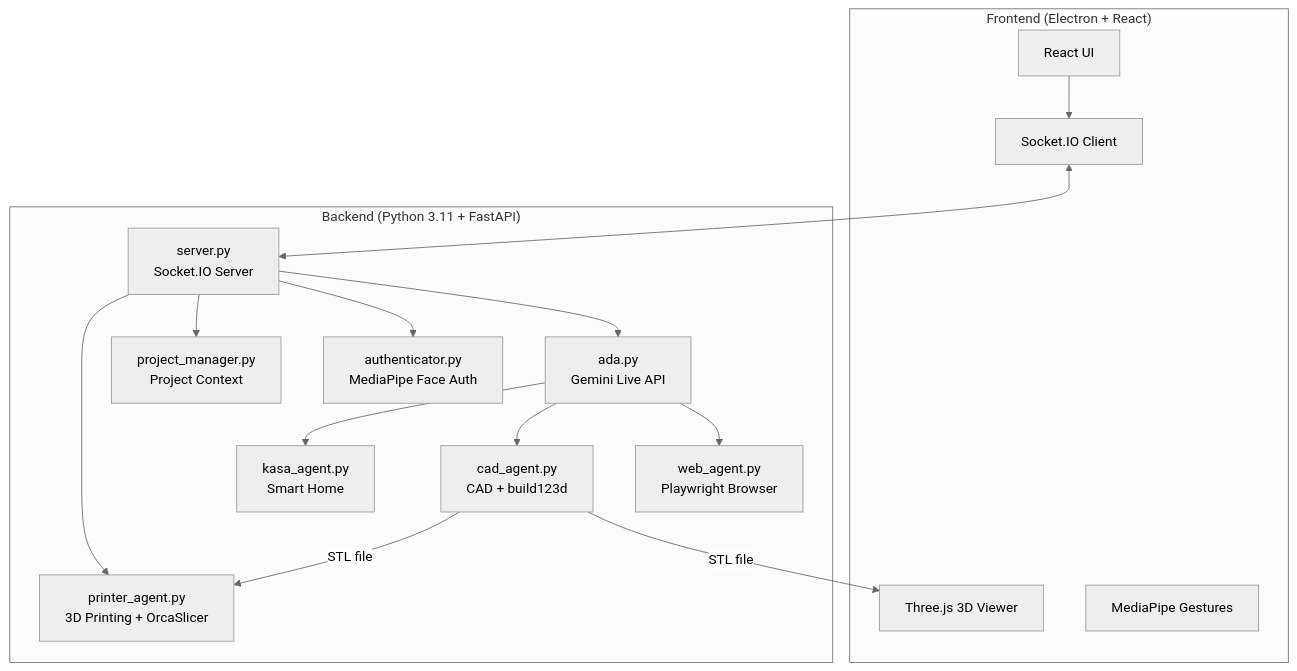
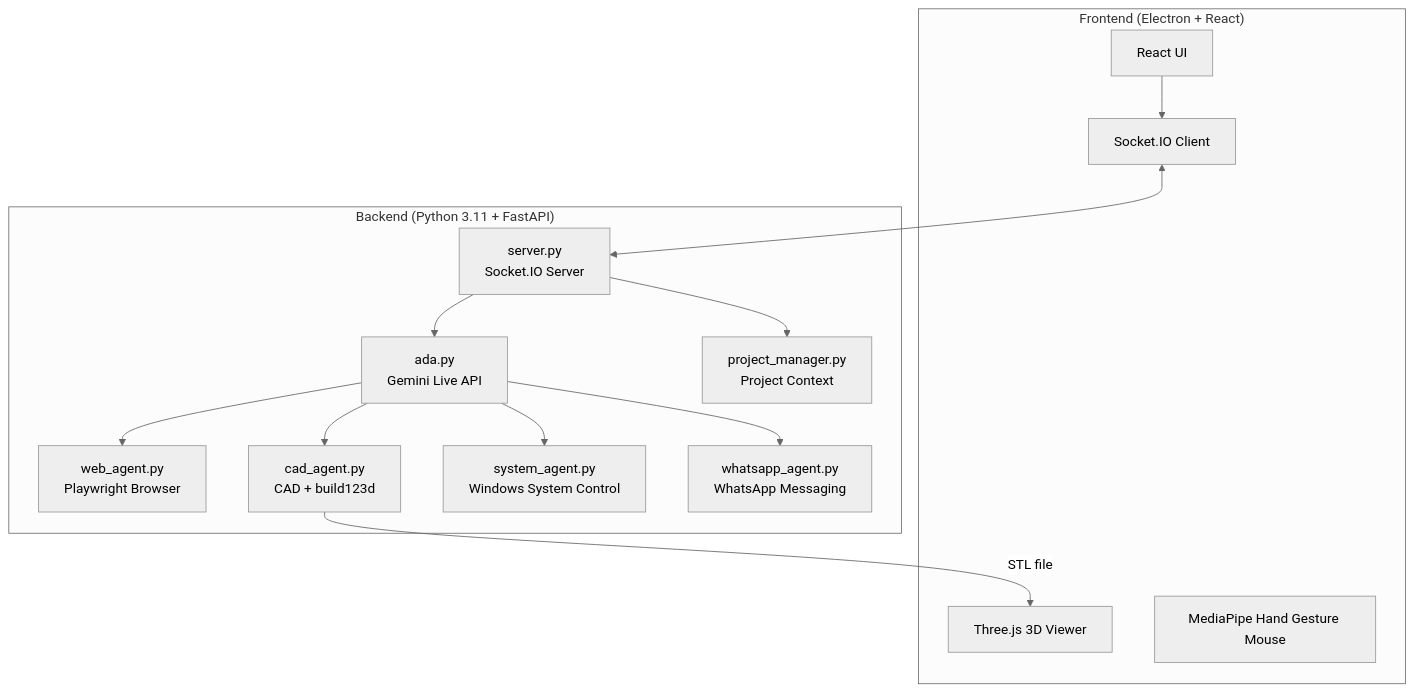
The diagram in README.md (koushikchodraju/Happy-v2), drawn with Mermaid (neutral theme) before and after one commit. The commit also changed other lines of this file and 1 other file, not shown here.

````diff
--- a/README.md
+++ b/README.md
@@ -44,32 +82,29 @@
 ```mermaid
 graph TB
     subgraph Frontend ["Frontend (Electron + React)"]
         UI[React UI]
         THREE[Three.js 3D Viewer]
-        GESTURE[MediaPipe Gestures]
+        GESTURE[MediaPipe Hand Gesture Mouse]
         SOCKET_C[Socket.IO Client]
     end
     
     subgraph Backend ["Backend (Python 3.11 + FastAPI)"]
         SERVER[server.py<br/>Socket.IO Server]
         ADA[ada.py<br/>Gemini Live API]
         WEB[web_agent.py<br/>Playwright Browser]
         CAD[cad_agent.py<br/>CAD + build123d]
-        PRINTER[printer_agent.py<br/>3D Printing + OrcaSlicer]
-        KASA[kasa_agent.py<br/>Smart Home]
-        AUTH[authenticator.py<br/>MediaPipe Face Auth]
+        SYS[system_agent.py<br/>Windows System Control]
+        WA[whatsapp_agent.py<br/>WhatsApp Messaging]
         PM[project_manager.py<br/>Project Context]
     end
     
     UI --> SOCKET_C
     SOCKET_C <--> SERVER
     SERVER --> ADA
     ADA --> WEB
     ADA --> CAD
-    ADA --> KASA
-    SERVER --> AUTH
+    ADA --> SYS
+    ADA --> WA
     SERVER --> PM
-    SERVER --> PRINTER
     CAD -->|STL file| THREE
-    CAD -->|STL file| PRINTER
 ```
````
